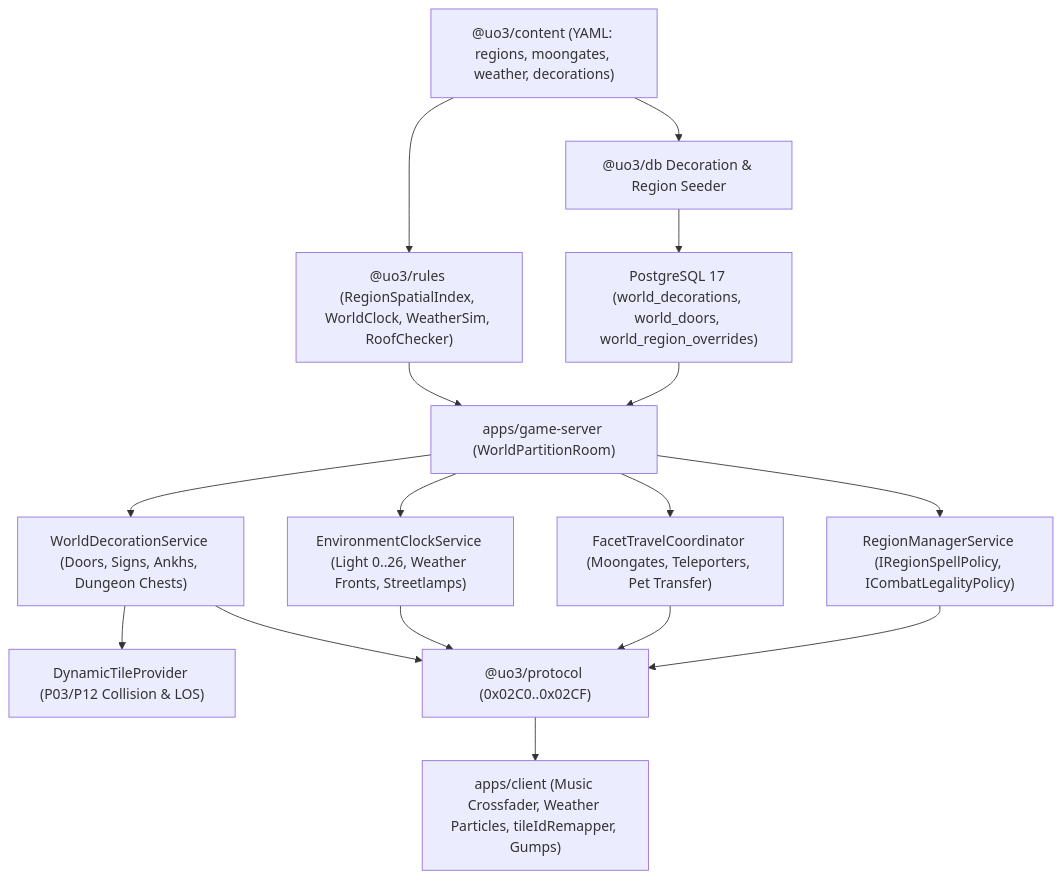
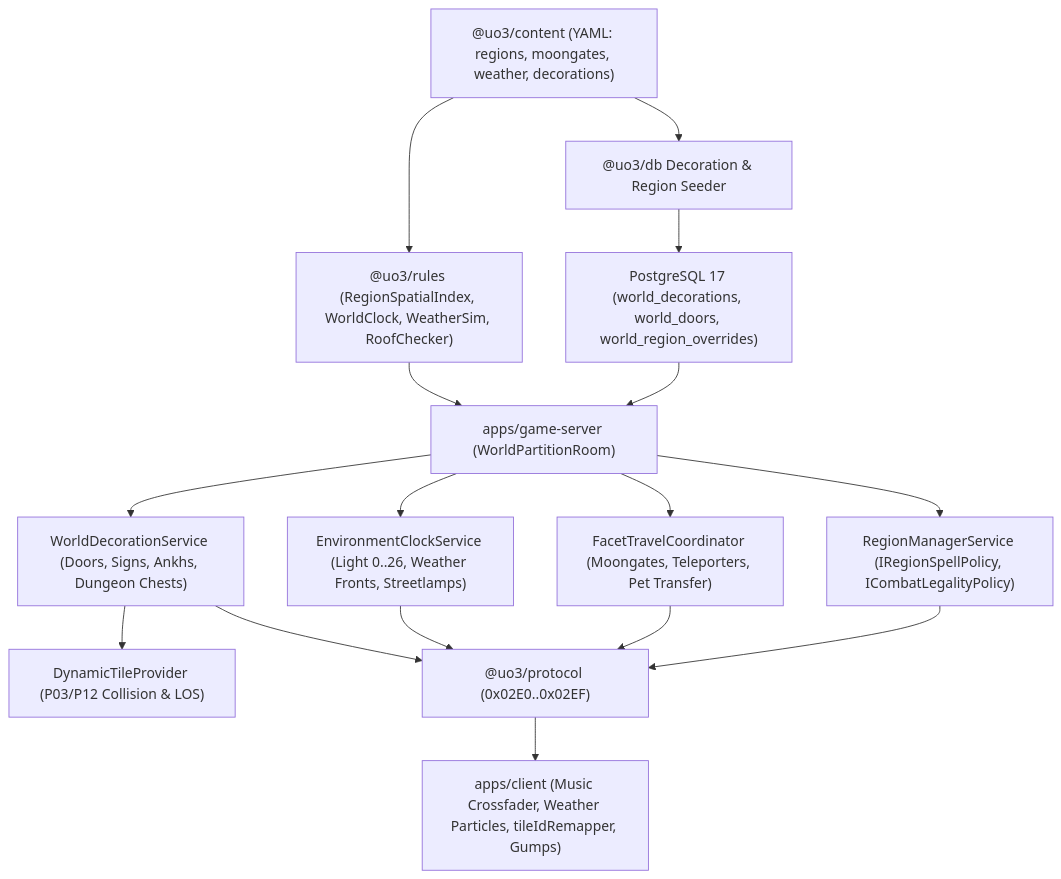
One commit to SergioAndreev/uo3 changed the first of 2 diagrams in openspec/changes/p25-world-regions-and-environment/design.md. Above: the diagram before and after it, drawn with Mermaid. The commit also changed other lines of this file and 188 other files, not shown here.

````diff
--- a/openspec/changes/p25-world-regions-and-environment/design.md
+++ b/openspec/changes/p25-world-regions-and-environment/design.md
@@ -95,18 +95,18 @@
 ```mermaid
 flowchart TD
     Content["@uo3/content (YAML: regions, moongates, weather, decorations)"] --> Seeder["@uo3/db Decoration & Region Seeder"]
     Seeder --> PG["PostgreSQL 17 (world_decorations, world_doors, world_region_overrides)"]
     Content --> Rules["@uo3/rules (RegionSpatialIndex, WorldClock, WeatherSim, RoofChecker)"]
     PG --> GameServer["apps/game-server (WorldPartitionRoom)"]
     Rules --> GameServer
     GameServer --> RegSvc["RegionManagerService (IRegionSpellPolicy, ICombatLegalityPolicy)"]
     GameServer --> TravelSvc["FacetTravelCoordinator (Moongates, Teleporters, Pet Transfer)"]
     GameServer --> EnvSvc["EnvironmentClockService (Light 0..26, Weather Fronts, Streetlamps)"]
     GameServer --> DecoSvc["WorldDecorationService (Doors, Signs, Ankhs, Dungeon Chests)"]
     DecoSvc --> DynTiles["DynamicTileProvider (P03/P12 Collision & LOS)"]
-    RegSvc --> Protocol["@uo3/protocol (0x02C0..0x02CF)"]
+    RegSvc --> Protocol["@uo3/protocol (0x02E0..0x02EF)"]
     TravelSvc --> Protocol
     EnvSvc --> Protocol
     DecoSvc --> Protocol
     Protocol --> Client["apps/client (Music Crossfader, Weather Particles, tileIdRemapper, Gumps)"]
 ```
````
